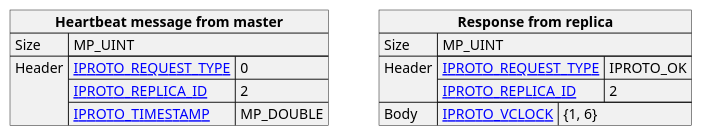
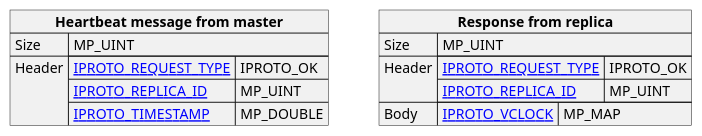
One commit to tarantool/doc changed the diagram in doc/dev_guide/internals/iproto/images/repl_heartbeat.puml. Above: the diagram before and after it, drawn with PlantUML. The commit also changed 6 other files, not shown here.

```diff
--- a/doc/dev_guide/internals/iproto/images/repl_heartbeat.puml
+++ b/doc/dev_guide/internals/iproto/images/repl_heartbeat.puml
@@ -1,30 +1,30 @@
 @startuml
 
 skinparam map {
     HyperlinkColor #0077FF
     FontColor #313131
     BorderColor #313131
     BackgroundColor transparent
 }
 
 json "**Heartbeat message from master**" as heartbeat_request {
     "Size": "MP_UINT",
     "Header": {
-      "[[https://tarantool.io/en/doc/latest/dev_guide/internals/iproto/keys IPROTO_REQUEST_TYPE]]": "0",
-      "[[https://tarantool.io/en/doc/latest/dev_guide/internals/iproto/keys IPROTO_REPLICA_ID]]": "2",
+      "[[https://tarantool.io/en/doc/latest/dev_guide/internals/iproto/keys IPROTO_REQUEST_TYPE]]": "IPROTO_OK",
+      "[[https://tarantool.io/en/doc/latest/dev_guide/internals/iproto/keys IPROTO_REPLICA_ID]]": "MP_UINT",
       "[[https://tarantool.io/en/doc/latest/dev_guide/internals/iproto/keys IPROTO_TIMESTAMP]]": "MP_DOUBLE"
     }
 }
 
 json "**Response from replica**" as heartbeat_response {
     "Size": "MP_UINT",
     "Header": {
       "[[https://tarantool.io/en/doc/latest/dev_guide/internals/iproto/keys IPROTO_REQUEST_TYPE]]": "IPROTO_OK",
-      "[[https://tarantool.io/en/doc/latest/dev_guide/internals/iproto/keys IPROTO_REPLICA_ID]]": "2"
+      "[[https://tarantool.io/en/doc/latest/dev_guide/internals/iproto/keys IPROTO_REPLICA_ID]]": "MP_UINT"
     },
     "Body": {
-      "[[https://tarantool.io/en/doc/latest/dev_guide/internals/iproto/keys IPROTO_VCLOCK]]": "{1, 6}"      
+      "[[https://tarantool.io/en/doc/latest/dev_guide/internals/iproto/keys IPROTO_VCLOCK]]": "MP_MAP"      
     }
 }
 
 @enduml
```
